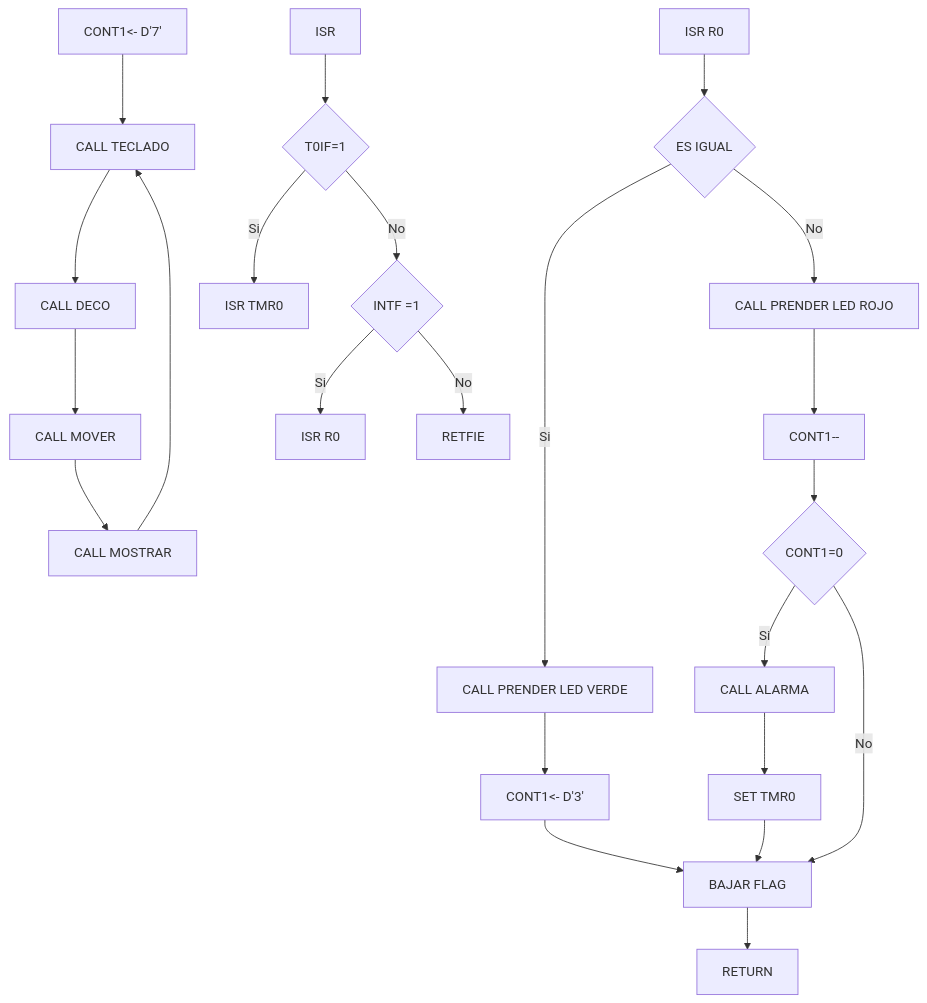
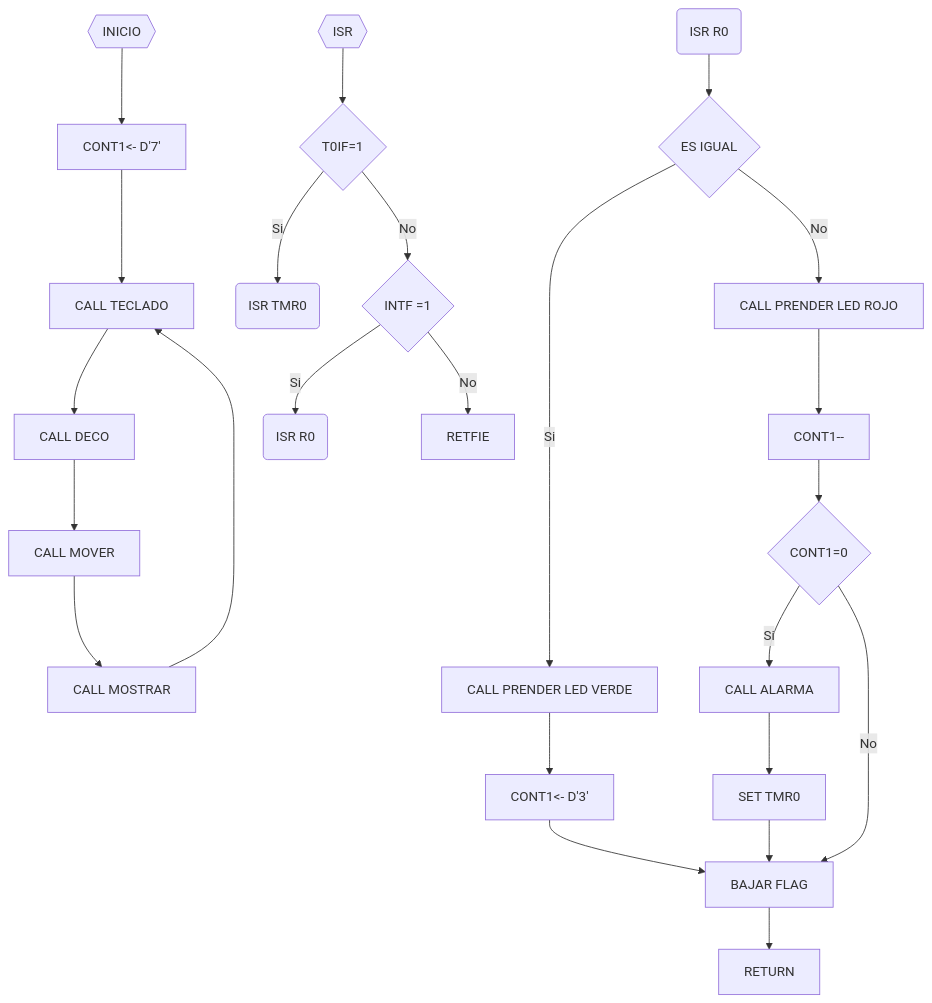
Before and after one commit to w3rqil/electronicaDigital_II: the diagram in README.md, drawn with Mermaid.

````diff
--- a/README.md
+++ b/README.md
@@ -6,25 +6,25 @@
  ```mermaid
 flowchart TD
-
+init{{INICIO}}-->A
 A[CONT1<- D'7'] --> B[CALL TECLADO]
     B --> C[CALL DECO]
     C --> D[CALL MOVER]
     D --> E[CALL MOSTRAR]
     E-->B
-    ISR[ISR]-->F{T0IF=1}
-    F-->|Si|G[ISR TMR0]
+    ISR{{ISR}}-->F{T0IF=1}
+    F-->|Si|G(ISR TMR0)
     F-->|No|H{INTF =1}
-    H-->|Si|ASD[ISR R0]
+    H-->|Si|ASD(ISR R0)
     H-->|No|RET[RETFIE]
-    ISRR0[ISR R0]-->J[CALL COMPARAR]
+    ISRR0(ISR R0)-->J[CALL COMPARAR]
     J{ES IGUAL}-->|Si|K[CALL PRENDER LED VERDE]
     K-->CONT1[CONT1<- D'3']
     J-->|No|ROJO[CALL PRENDER LED ROJO]
     ROJO-->L[CONT1--]
     L-->M{CONT1=0}
     M-->|Si|N[CALL ALARMA]-->R[SET TMR0]
     R-->S[BAJAR FLAG]
     M-->|No|S
     CONT1-->S
     S-->T[RETURN]
  ```
````
